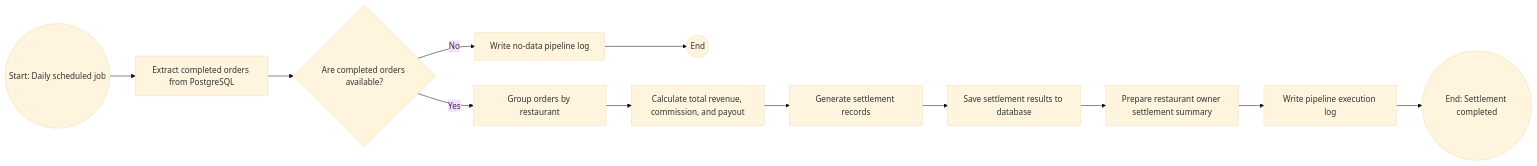
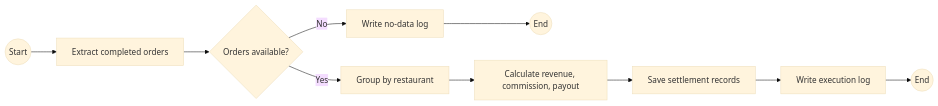
The third of 3 diagrams in docs/final_report.md (Numusohandsome/food-delivery-marketplace), drawn with Mermaid (base theme) before and after one commit. The commit also changed other lines of this file, not shown here.

````diff
--- a/docs/final_report.md
+++ b/docs/final_report.md
@@ -1167,23 +248,12 @@
 ```mermaid
 flowchart LR
-    Start((Start: Daily scheduled job)) --> ExtractOrders[Extract completed orders from PostgreSQL]
-
-    ExtractOrders --> ValidateOrders{Are completed orders available?}
-
-    ValidateOrders -- No --> NoData[Write no-data pipeline log]
-    NoData --> EndNoData((End))
-
-    ValidateOrders -- Yes --> GroupByRestaurant[Group orders by restaurant]
-
-    GroupByRestaurant --> CalculateTotals[Calculate total revenue, commission, and payout]
-
-    CalculateTotals --> GenerateSettlement[Generate settlement records]
-
-    GenerateSettlement --> SaveSettlement[Save settlement results to database]
-
-    SaveSettlement --> NotifyOwners[Prepare restaurant owner settlement summary]
-
-    NotifyOwners --> WriteLog[Write pipeline execution log]
-
-    WriteLog --> End((End: Settlement completed))
+    Start((Start)) --> Extract[Extract completed orders]
+    Extract --> Check{Orders available?}
+    Check -- No --> LogNoData[Write no-data log]
+    LogNoData --> End1((End))
+    Check -- Yes --> Group[Group by restaurant]
+    Group --> Calculate[Calculate revenue, commission, payout]
+    Calculate --> Save[Save settlement records]
+    Save --> Log[Write execution log]
+    Log --> End2((End))
 ```
````
